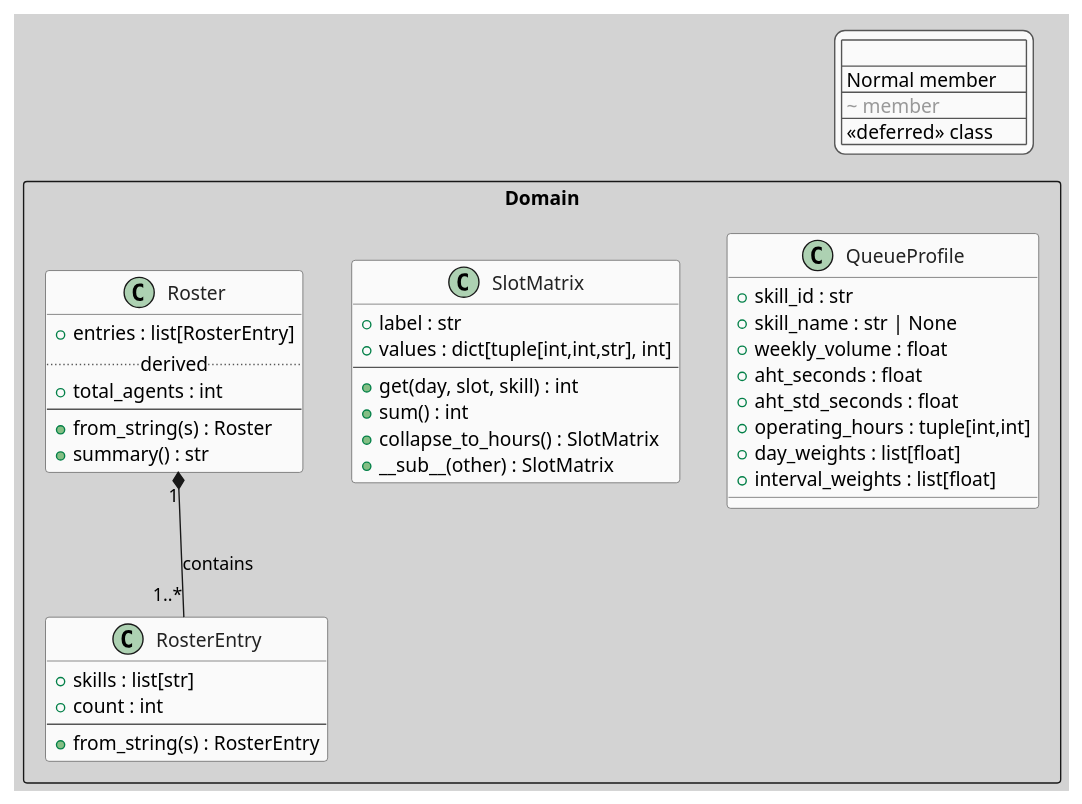
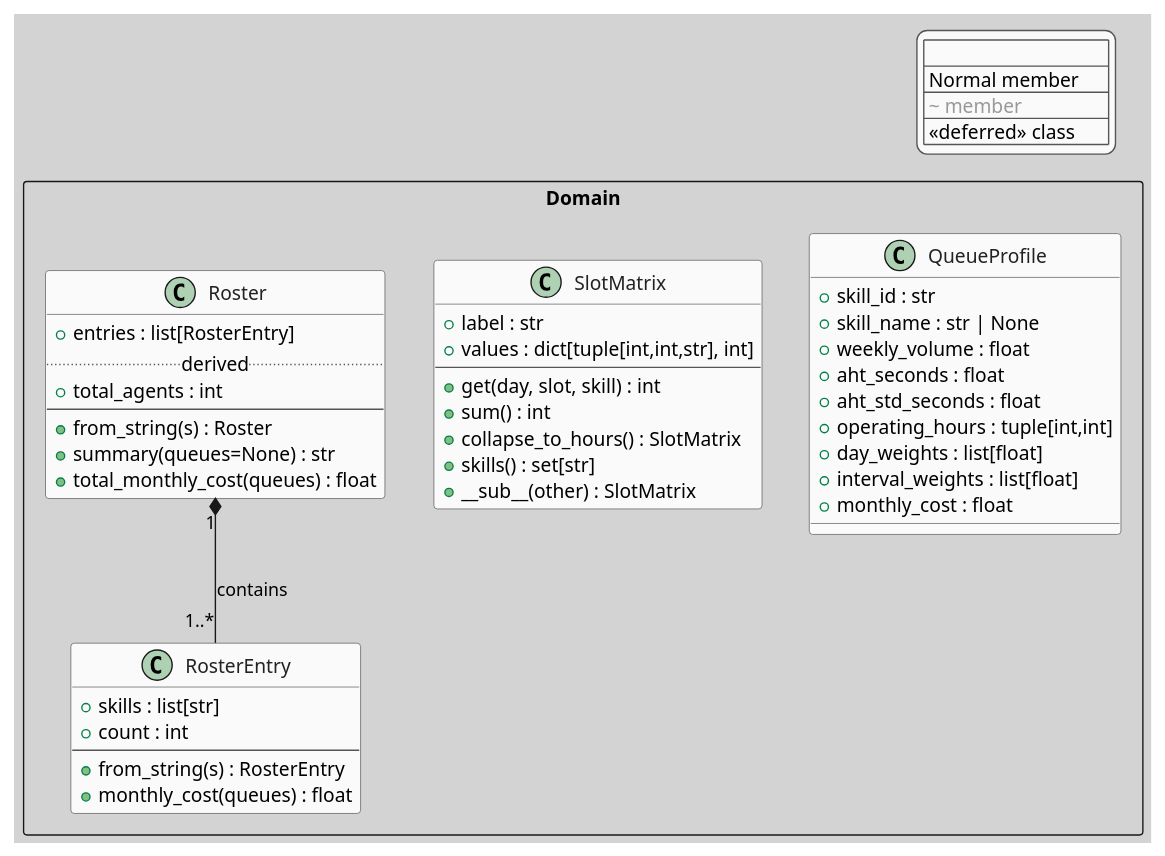
Before and after one commit to neon-tetra/schedule-architect: the diagram in docs/uml/domain_classes.puml, drawn with PlantUML. The commit also changed 5 other files, not shown here.

Commit message:
Update UML diagrams for latest domain engine and agent changes

```diff
--- a/docs/uml/domain_classes.puml
+++ b/docs/uml/domain_classes.puml
@@ -1,77 +1,81 @@
 @startuml domain_entities
 
 skinparam backgroundColor #D3D3D3
 skinparam defaultFontName Segoe UI
 
 skinparam class {
     BackgroundColor #FAFAFA
     BorderColor #555555
     FontColor #222222
     BackgroundColor<<deferred>> #E8E8E8
     BorderColor<<deferred>> #AAAAAA
     FontColor<<deferred>> #AAAAAA
     BorderStyle<<deferred>> dashed
 }
 
 skinparam legend {
     BackgroundColor #FAFAFA
     BorderColor #555555
 }
 
 legend top right
   <#FAFAFA,#555555>|                         |
   | Normal member      | Implemented          |
   | <color:#999999>~ member</color>  | Deferred / future    |
   | <<deferred>> class | Placeholder only     |
 endlegend
 
 ' ─────────────────────────────────────────
 ' PACKAGE: Domain
 ' ─────────────────────────────────────────
 package "Domain" <<Rectangle>> {
 
     class QueueProfile {
         + skill_id : str
         + skill_name : str | None
         + weekly_volume : float
         + aht_seconds : float
         + aht_std_seconds : float
         + operating_hours : tuple[int,int]
         + day_weights : list[float]
         + interval_weights : list[float]
+        + monthly_cost : float
     }
 
     class SlotMatrix {
         + label : str
         + values : dict[tuple[int,int,str], int]
         --
         + get(day, slot, skill) : int
         + sum() : int
         + collapse_to_hours() : SlotMatrix
+        + skills() : set[str]
         + __sub__(other) : SlotMatrix
     }
 
     class RosterEntry {
         + skills : list[str]
         + count : int
         --
         + from_string(s) : RosterEntry
+        + monthly_cost(queues) : float
     }
 
     class Roster {
         + entries : list[RosterEntry]
         ..derived..
         + total_agents : int
         --
         + from_string(s) : Roster
-        + summary() : str
+        + summary(queues=None) : str
+        + total_monthly_cost(queues) : float
     }
 
 }
 
 ' ─────────────────────────────────────────
 ' RELATIONSHIPS
 ' ─────────────────────────────────────────
 Roster "1" *-- "1..*" RosterEntry : contains
 
 @enduml
```
